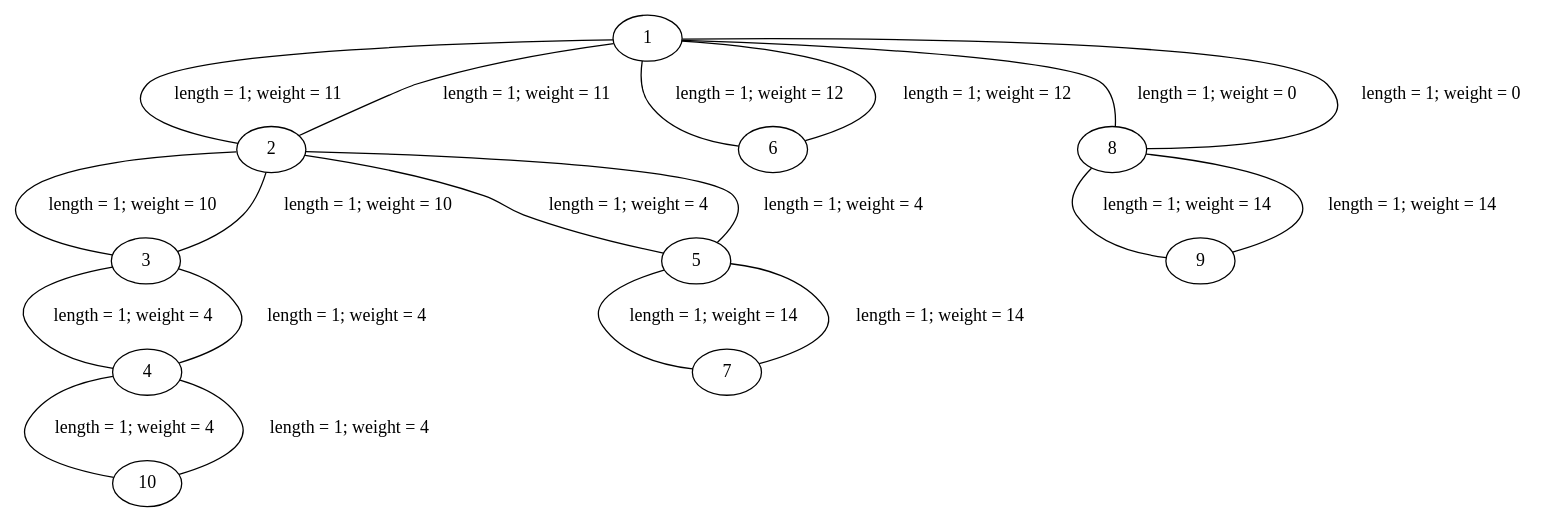
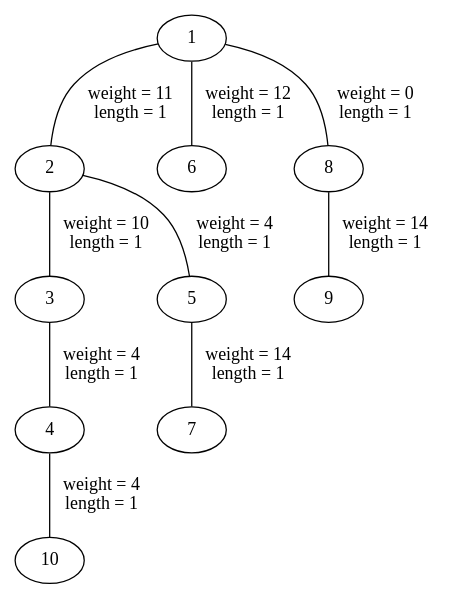
One commit to adam-elbernoussi/ENSAE-S2-IT-project changed the diagram in graph_viz_output/Graph.gv. Above: the diagram before and after it, drawn with Graphviz. The commit also changed 4 other files, not shown here.

```diff
--- a/graph_viz_output/Graph.gv
+++ b/graph_viz_output/Graph.gv
@@ -1,32 +1,32 @@
 // Graph visualisation
 graph "Graph" {
 	graph [concentrate=True]
 	1
 	2
 	3
 	4
 	5
 	6
 	7
 	8
 	9
 	10
-	1 -- 2 [label="length = 1; weight = 11" weight=11]
-	1 -- 6 [label="length = 1; weight = 12" weight=12]
-	1 -- 8 [label="length = 1; weight = 0" weight=0]
-	2 -- 1 [label="length = 1; weight = 11" weight=11]
-	2 -- 3 [label="length = 1; weight = 10" weight=10]
-	2 -- 5 [label="length = 1; weight = 4" weight=4]
-	3 -- 2 [label="length = 1; weight = 10" weight=10]
-	3 -- 4 [label="length = 1; weight = 4" weight=4]
-	4 -- 3 [label="length = 1; weight = 4" weight=4]
-	4 -- 10 [label="length = 1; weight = 4" weight=4]
-	5 -- 2 [label="length = 1; weight = 4" weight=4]
-	5 -- 7 [label="length = 1; weight = 14" weight=14]
-	6 -- 1 [label="length = 1; weight = 12" weight=12]
-	7 -- 5 [label="length = 1; weight = 14" weight=14]
-	8 -- 1 [label="length = 1; weight = 0" weight=0]
-	8 -- 9 [label="length = 1; weight = 14" weight=14]
-	9 -- 8 [label="length = 1; weight = 14" weight=14]
-	10 -- 4 [label="length = 1; weight = 4" weight=4]
+	1 -- 2 [label="weight = 11
+ length = 1" weight=11]
+	1 -- 6 [label="weight = 12
+ length = 1" weight=12]
+	1 -- 8 [label="weight = 0
+ length = 1" weight=0]
+	2 -- 3 [label="weight = 10
+ length = 1" weight=10]
+	2 -- 5 [label="weight = 4
+ length = 1" weight=4]
+	3 -- 4 [label="weight = 4
+ length = 1" weight=4]
+	4 -- 10 [label="weight = 4
+ length = 1" weight=4]
+	5 -- 7 [label="weight = 14
+ length = 1" weight=14]
+	8 -- 9 [label="weight = 14
+ length = 1" weight=14]
 }
```
